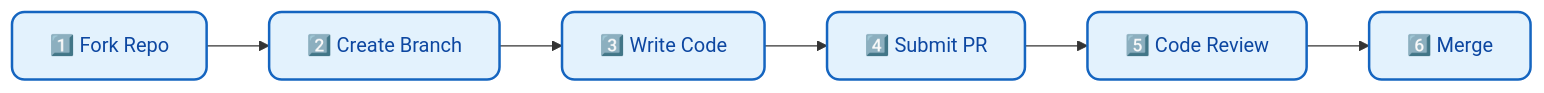
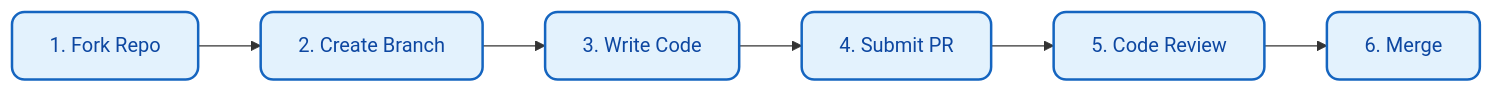
The first of 3 diagrams in docs/en-US/contributing.md (xt765/FinchBot), drawn with Mermaid before and after one commit. The commit also changed other lines of this file and 18 other files, not shown here.

First line of the commit message:
docs: 简化架构图并删除所有mermaid图中的表情包

````diff
--- a/docs/en-US/contributing.md
+++ b/docs/en-US/contributing.md
@@ -20,11 +20,10 @@
 ```mermaid
 flowchart LR
-    %% Style Definitions
     classDef step fill:#e3f2fd,stroke:#1565c0,stroke-width:2px,color:#0d47a1,rx:10,ry:10;
 
-    A["1️⃣ Fork Repo"]:::step --> B["2️⃣ Create Branch"]:::step
-    B --> C["3️⃣ Write Code"]:::step
-    C --> D["4️⃣ Submit PR"]:::step
-    D --> E["5️⃣ Code Review"]:::step
-    E --> F["6️⃣ Merge"]:::step
+    A["1. Fork Repo"]:::step --> B["2. Create Branch"]:::step
+    B --> C["3. Write Code"]:::step
+    C --> D["4. Submit PR"]:::step
+    D --> E["5. Code Review"]:::step
+    E --> F["6. Merge"]:::step
 ```
````
